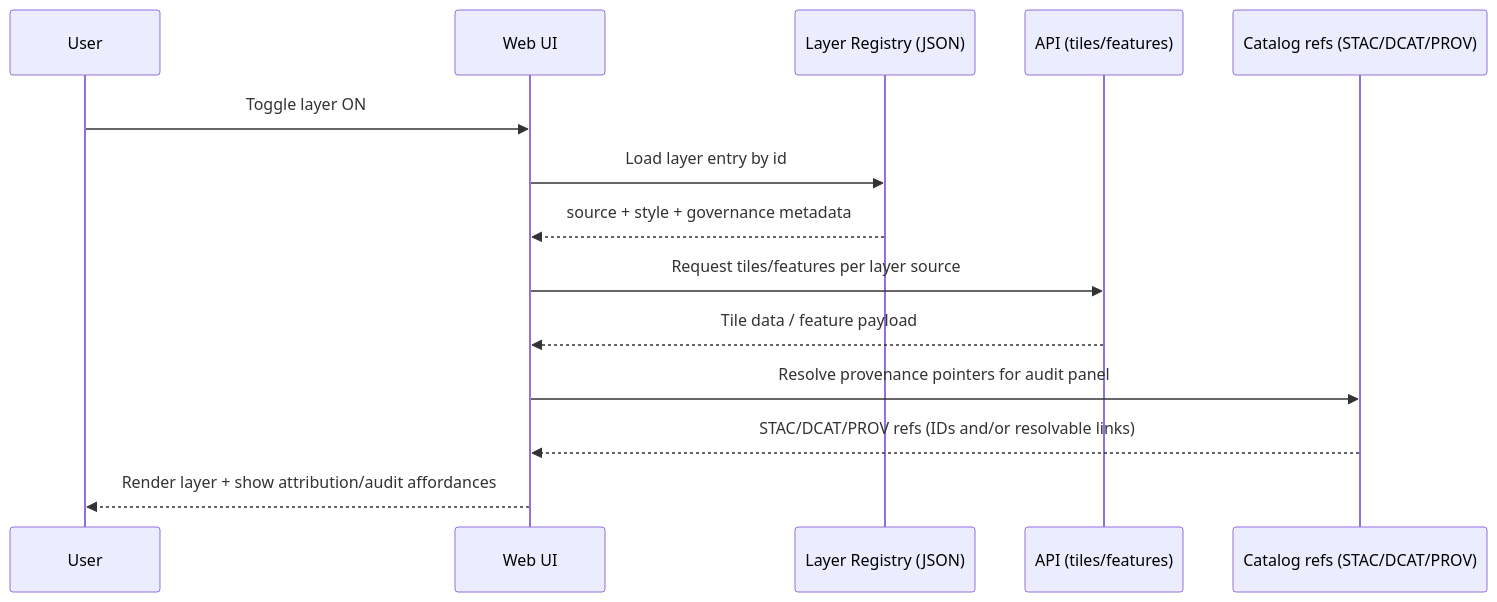
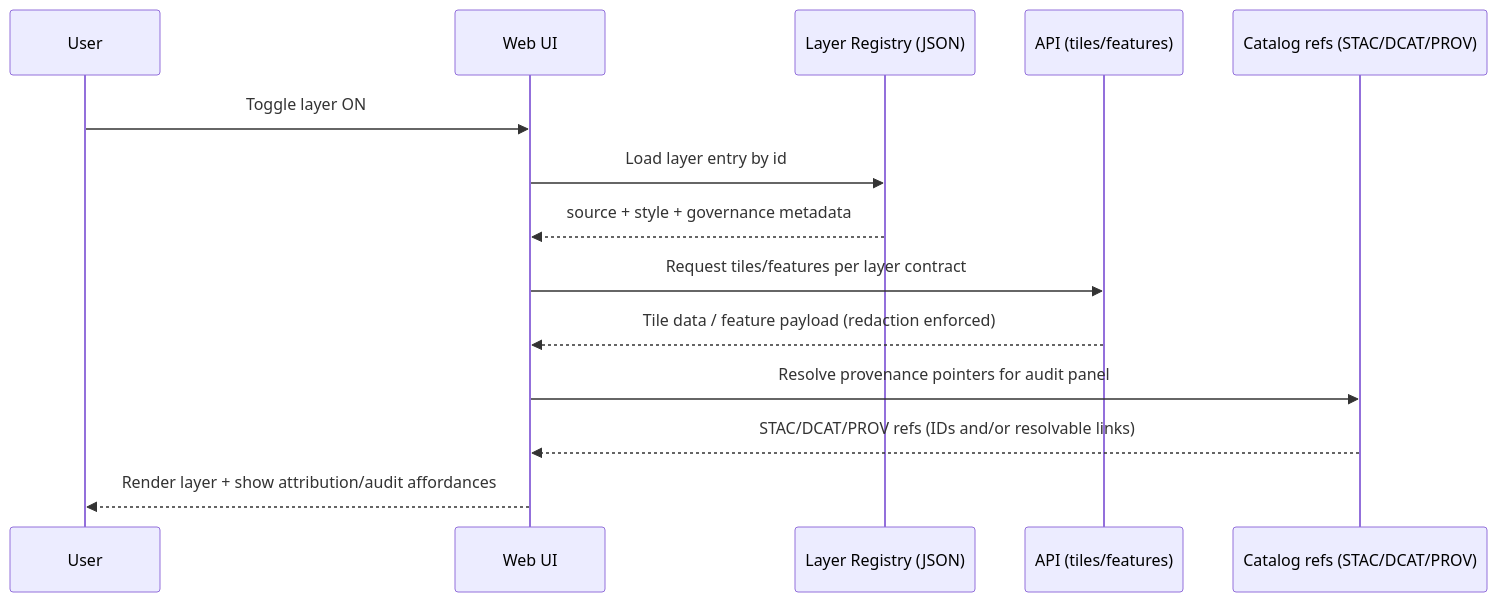
One commit to bartytime4life/Kansas-Frontier-Matrix changed the second of 2 diagrams in web/layers/README.md. Above: the diagram before and after it, drawn with Mermaid. The commit also changed other lines of this file, not shown here.

```diff
--- a/web/layers/README.md
+++ b/web/layers/README.md
@@ -216,17 +217,17 @@
 ~~~mermaid
 sequenceDiagram
   participant User
   participant UI as Web UI
   participant Reg as Layer Registry (JSON)
   participant API as API (tiles/features)
   participant Cat as Catalog refs (STAC/DCAT/PROV)
 
   User->>UI: Toggle layer ON
   UI->>Reg: Load layer entry by id
   Reg-->>UI: source + style + governance metadata
-  UI->>API: Request tiles/features per layer source
-  API-->>UI: Tile data / feature payload
+  UI->>API: Request tiles/features per layer contract
+  API-->>UI: Tile data / feature payload (redaction enforced)
   UI->>Cat: Resolve provenance pointers for audit panel
   Cat-->>UI: STAC/DCAT/PROV refs (IDs and/or resolvable links)
   UI-->>User: Render layer + show attribution/audit affordances
 ~~~
```
